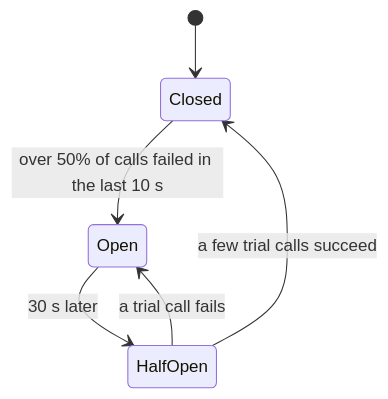
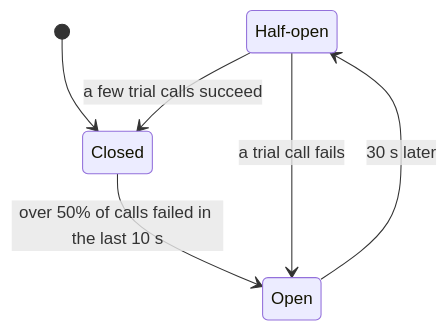
The second of 3 diagrams in public/content/chapters/bb-3-23-reliability-patterns.mdx (Prateesh-Sulikeri/ScaleCraft), drawn with Mermaid before and after one commit. The commit also changed other lines of this file and 18 other files, not shown here.

````diff
--- a/public/content/chapters/bb-3-23-reliability-patterns.mdx
+++ b/public/content/chapters/bb-3-23-reliability-patterns.mdx
@@ -157,8 +161,9 @@
 ```mermaid
 stateDiagram-v2
+    state "Half-open" as HalfOpen
     [*] --> Closed
     Closed --> Open: over 50% of calls failed in the last 10 s
     Open --> HalfOpen: 30 s later
     HalfOpen --> Closed: a few trial calls succeed
     HalfOpen --> Open: a trial call fails
 ```
````
